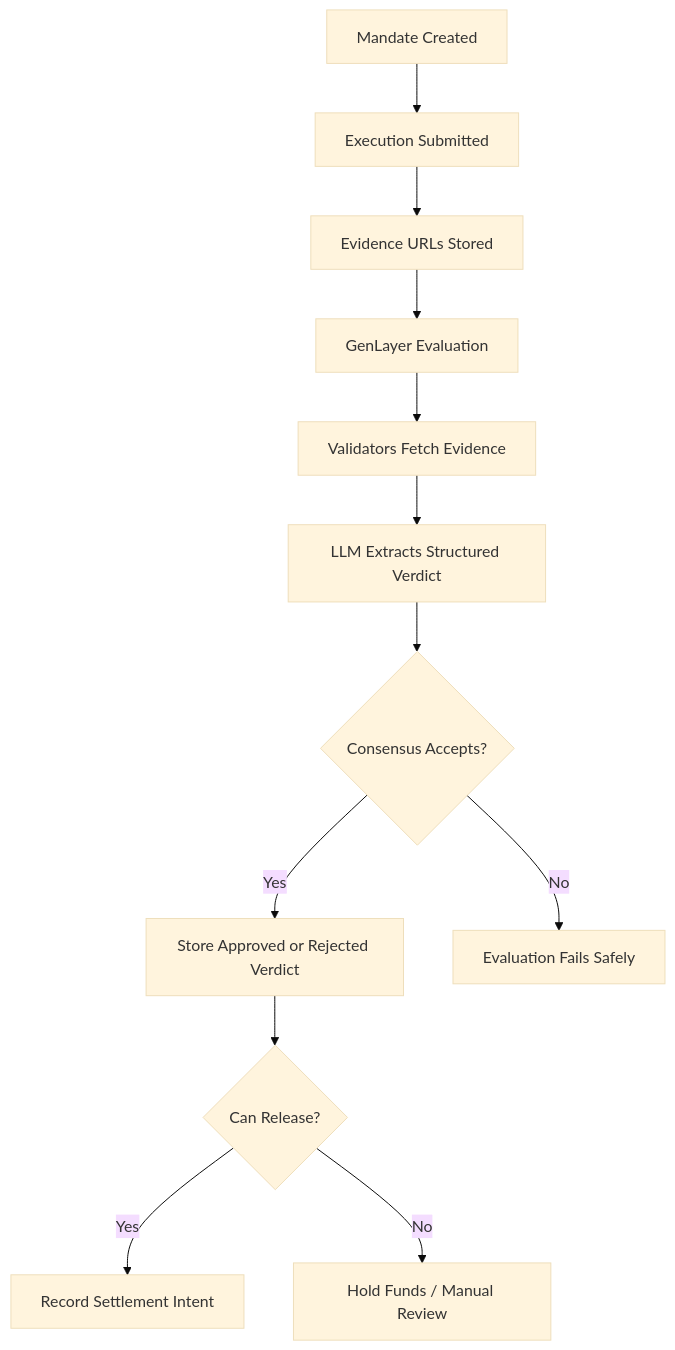
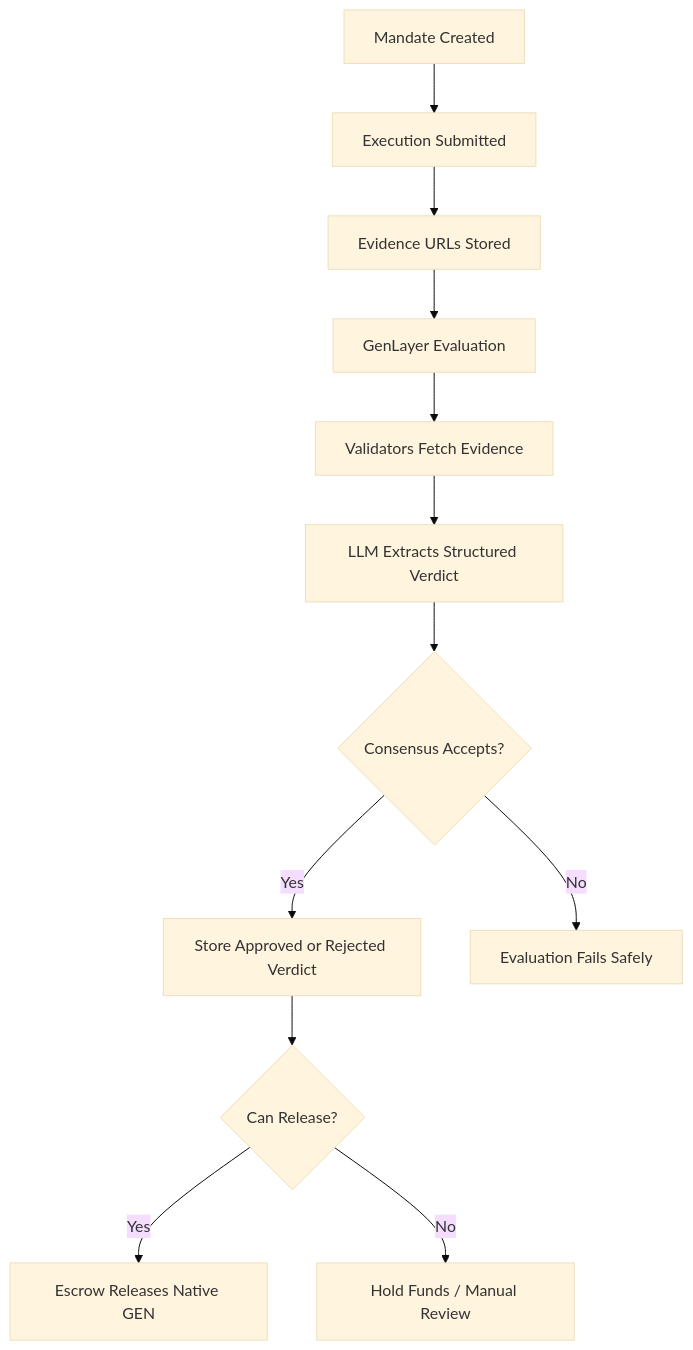
Before and after one commit to ELLA0VICTOR/gen-os: the diagram in README.md, drawn with Mermaid (base theme). The commit also changed other lines of this file and 3 other files, not shown here.

````diff
--- a/README.md
+++ b/README.md
@@ -61,14 +89,14 @@
 ```mermaid
 flowchart TD
   A[Mandate Created] --> B[Execution Submitted]
   B --> C[Evidence URLs Stored]
   C --> D[GenLayer Evaluation]
   D --> E[Validators Fetch Evidence]
   E --> F[LLM Extracts Structured Verdict]
   F --> G{Consensus Accepts?}
   G -->|Yes| H[Store Approved or Rejected Verdict]
   G -->|No| I[Evaluation Fails Safely]
   H --> J{Can Release?}
-  J -->|Yes| K[Record Settlement Intent]
+  J -->|Yes| K[Escrow Releases Native GEN]
   J -->|No| L[Hold Funds / Manual Review]
 ```
````
